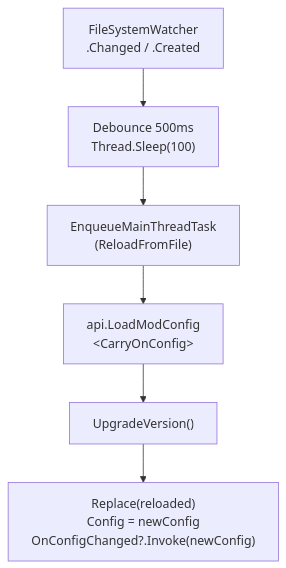
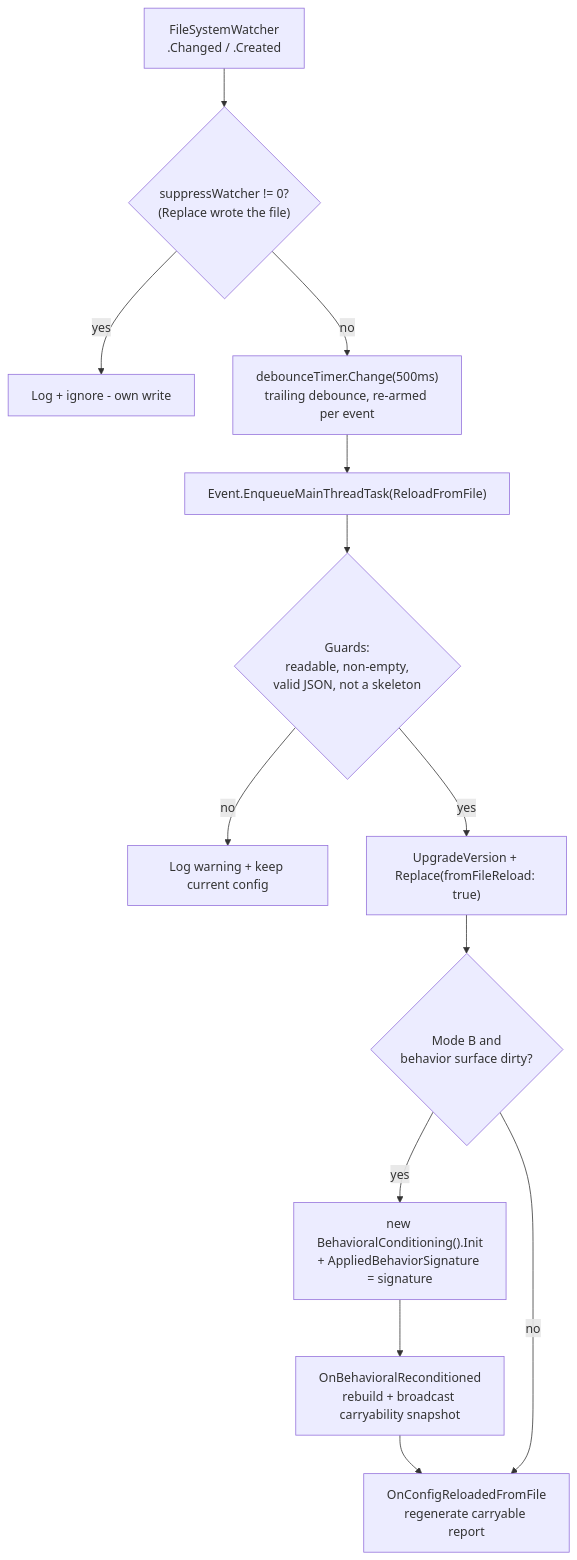
Before and after one commit to NerdScurvy/CarryOn: the fifth of 7 diagrams in docs/technical-overview/config-initialization-and-flow.md, drawn with Mermaid. The commit also changed other lines of this file and 392 other files, not shown here.

First line of the commit message:
merge: 2.0.0-rc.1 into main - CarryOn 2.0 release candidate

````diff
--- a/docs/technical-overview/config-initialization-and-flow.md
+++ b/docs/technical-overview/config-initialization-and-flow.md
@@ -204,15 +310,23 @@
 ```mermaid
 flowchart TD
     fs["FileSystemWatcher<br>.Changed / .Created"]
-    debounce["Debounce 500ms<br>Thread.Sleep(100)"]
-    mainThread["EnqueueMainThreadTask<br>(ReloadFromFile)"]
-    load["api.LoadModConfig<br>&lt;CarryOnConfig&gt;"]
-    upgrade["UpgradeVersion()"]
-    replace["Replace(reloaded)<br>Config = newConfig<br>OnConfigChanged?.Invoke(newConfig)"]
+    suppressed{"suppressWatcher != 0?<br>(Replace wrote the file)"}
+    skip["Log + ignore - own write"]
+    rearm["debounceTimer.Change(500ms)<br>trailing debounce, re-armed per event"]
+    mainThread["Event.EnqueueMainThreadTask(ReloadFromFile)"]
+    validate{"Guards:<br>readable, non-empty,<br>valid JSON, not a skeleton"}
+    reject["Log warning + keep current config"]
+    apply["UpgradeVersion + Replace(fromFileReload: true)"]
+    modeb{"Mode B and<br>behavior surface dirty?"}
+    recondition["new BehavioralConditioning().Init<br>+ AppliedBehaviorSignature = signature"]
+    snapbcast["OnBehavioralReconditioned<br>rebuild + broadcast carryability snapshot"]
+    reloaded["OnConfigReloadedFromFile<br>regenerate carryable report"]
 
-    fs --> debounce
-    debounce --> mainThread
-    mainThread --> load
-    load --> upgrade
-    upgrade --> replace
+    fs --> suppressed
+    suppressed -->|yes| skip
+    suppressed -->|no| rearm --> mainThread --> validate
+    validate -->|no| reject
+    validate -->|yes| apply --> modeb
+    modeb -->|yes| recondition --> snapbcast --> reloaded
+    modeb -->|no| reloaded
 ```
````
